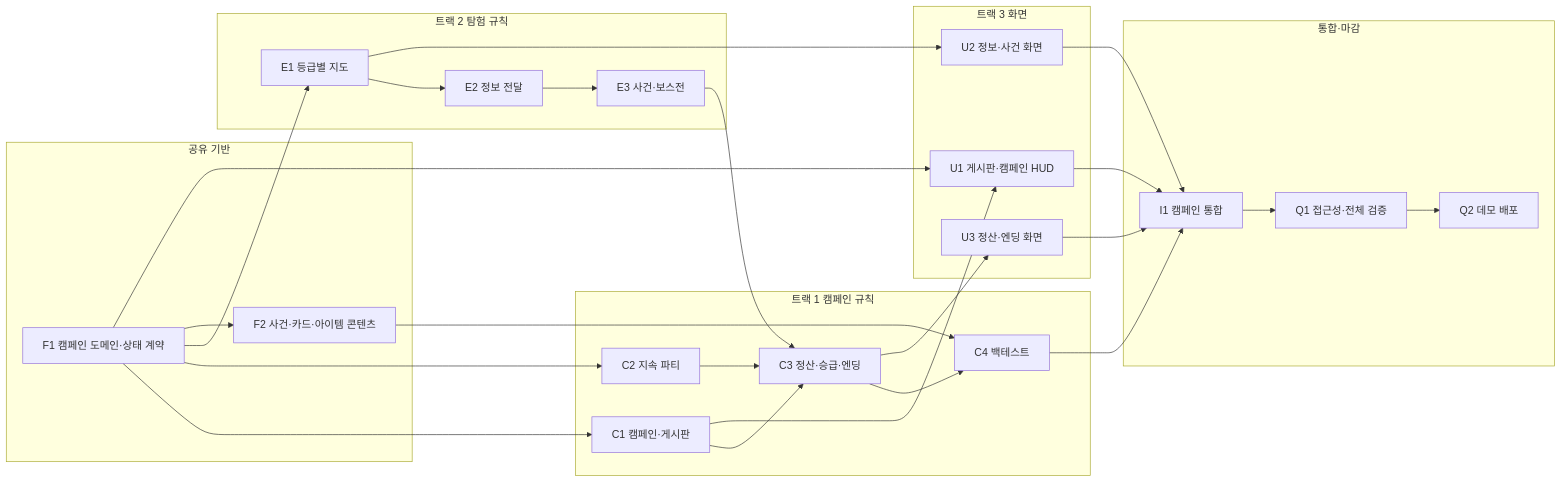
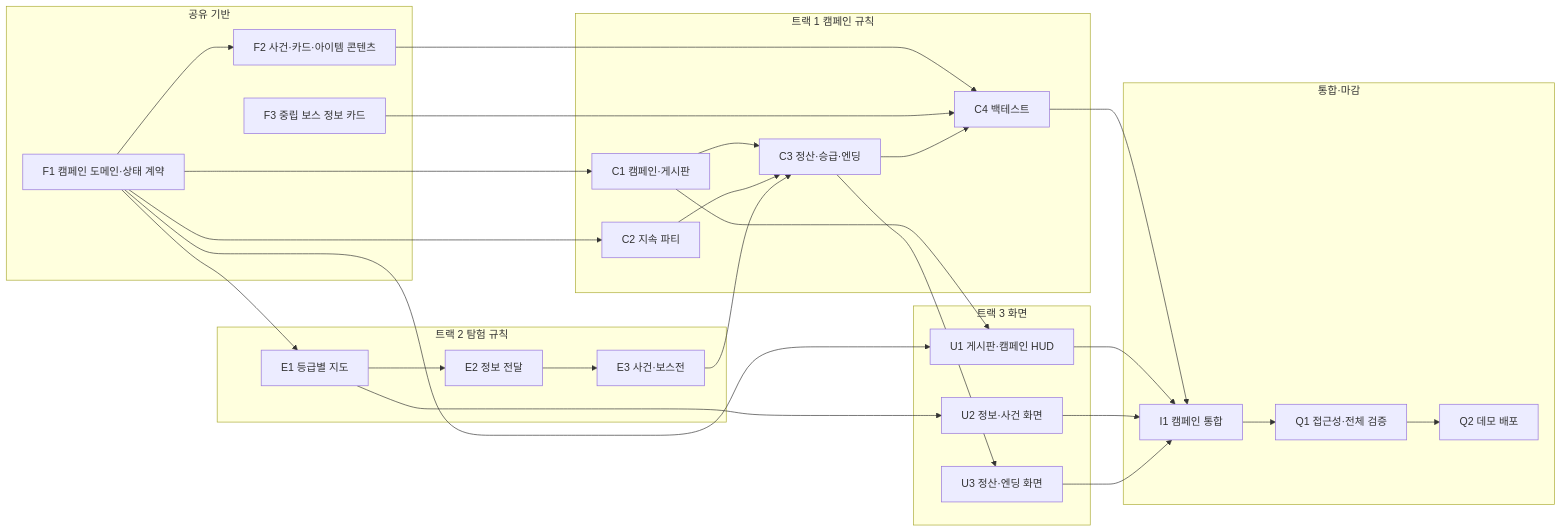
Before and after one commit to LatteBun/Dungeon_Schemer: the diagram in docs/technical/PROTOTYPE_WORK_ASSIGNMENT.md, drawn with Mermaid. The commit also changed other lines of this file and 10 other files, not shown here.

````diff
--- a/docs/technical/PROTOTYPE_WORK_ASSIGNMENT.md
+++ b/docs/technical/PROTOTYPE_WORK_ASSIGNMENT.md
@@ -32,43 +32,45 @@
 ```mermaid
 graph LR
   subgraph L0["공유 기반"]
     F1["F1 캠페인 도메인·상태 계약"]
     F2["F2 사건·카드·아이템 콘텐츠"]
+    F3["F3 중립 보스 정보 카드"]
   end
   subgraph T1["트랙 1 캠페인 규칙"]
     C1["C1 캠페인·게시판"]
     C2["C2 지속 파티"]
     C3["C3 정산·승급·엔딩"]
     C4["C4 백테스트"]
   end
   subgraph T2["트랙 2 탐험 규칙"]
     E1["E1 등급별 지도"]
     E2["E2 정보 전달"]
     E3["E3 사건·보스전"]
   end
   subgraph T3["트랙 3 화면"]
     U1["U1 게시판·캠페인 HUD"]
     U2["U2 정보·사건 화면"]
     U3["U3 정산·엔딩 화면"]
   end
   subgraph L4["통합·마감"]
     I1["I1 캠페인 통합"]
     Q1["Q1 접근성·전체 검증"]
     Q2["Q2 데모 배포"]
   end
 
   F1 --> C1 & C2 & E1 & F2 & U1
   F2 --> C4
+  F3 --> C4
   C1 --> C3 & U1
   C2 --> C3
   E1 --> E2 & U2
   E2 --> E3
   E3 --> C3
   C3 --> C4 & U3
   C4 --> I1
   U1 --> I1
   U2 --> I1
   U3 --> I1
   I1 --> Q1
   Q1 --> Q2
 ```
````
